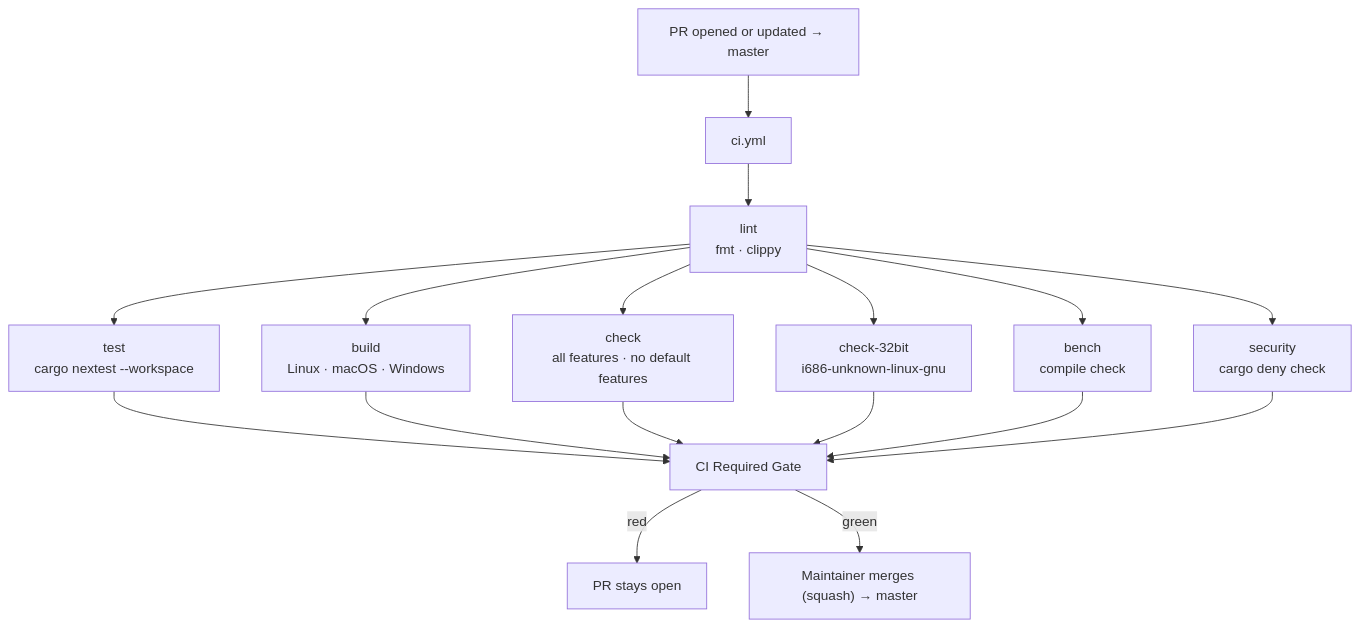
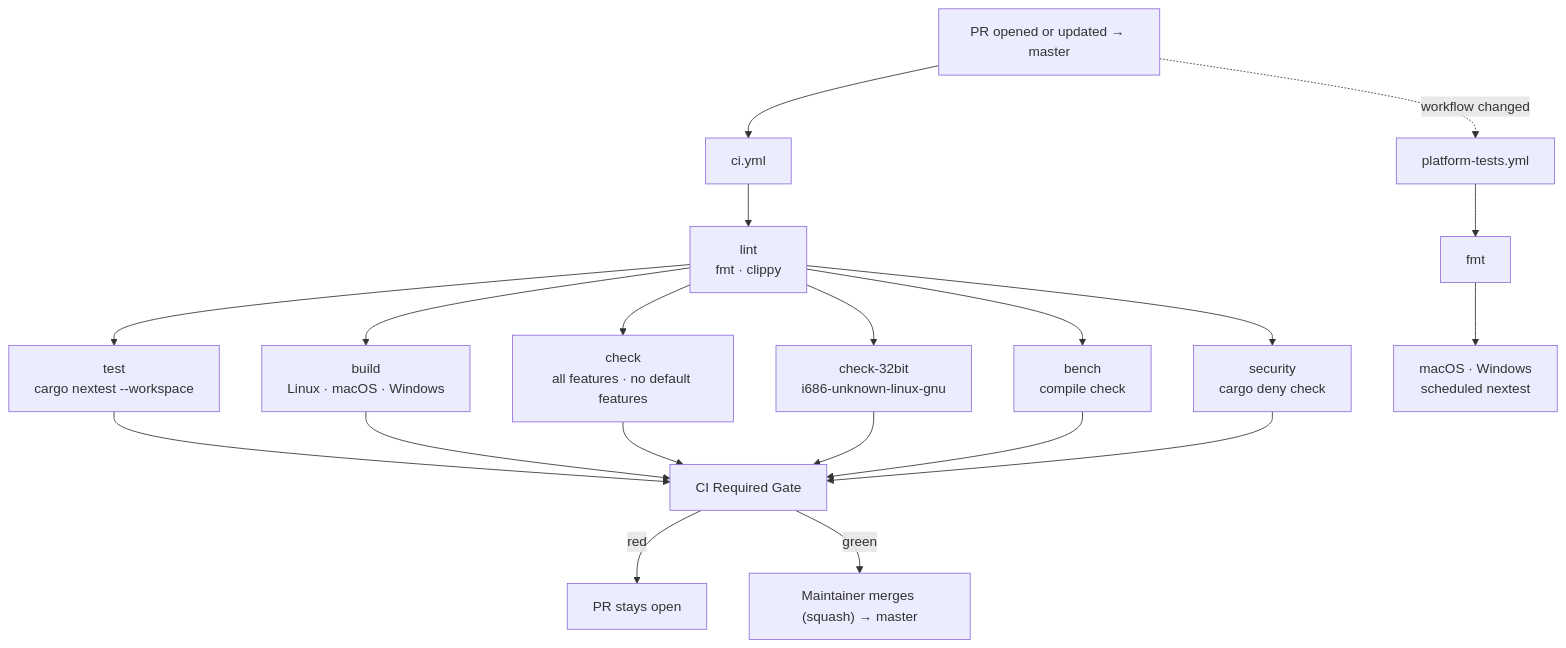
The first of 2 diagrams in .github/workflows/master-branch-flow.md (77382104/zeroclaw), drawn with Mermaid before and after one commit. The commit also changed other lines of this file and 2 other files, not shown here.

First line of the commit message:
ci(tests): add scheduled macOS and Windows tests (#9398)

````diff
--- a/.github/workflows/master-branch-flow.md
+++ b/.github/workflows/master-branch-flow.md
@@ -129,14 +136,17 @@
 ```mermaid
 flowchart TD
   A["PR opened or updated → master"] --> B["ci.yml"]
+  A -. "workflow changed" .-> P["platform-tests.yml"]
   B --> L["lint\nfmt · clippy"]
   L --> T["test\ncargo nextest --workspace"]
+  P --> PF["fmt"]
+  PF --> PT["macOS · Windows\nscheduled nextest"]
   L --> BLD["build\nLinux · macOS · Windows"]
   L --> CHK["check\nall features · no default features"]
   L --> C32["check-32bit\ni686-unknown-linux-gnu"]
   L --> BCH["bench\ncompile check"]
   L --> SEC["security\ncargo deny check"]
   T & BLD & CHK & C32 & BCH & SEC --> G["CI Required Gate"]
   G -->|red| D["PR stays open"]
   G -->|green| R["Maintainer merges (squash) → master"]
 ```
````
